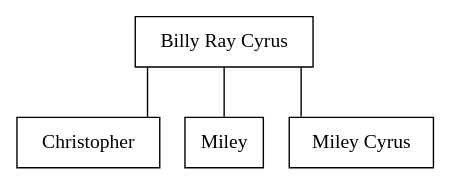
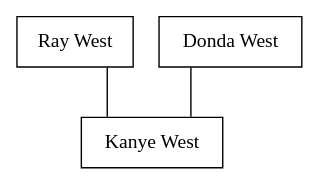
One commit to GlennOlsson/CSC482-FinalProj changed the diagram in output.dot. Above: the diagram before and after it, drawn with Graphviz. The commit also changed 7 other files, not shown here.

```diff
--- a/output.dot
+++ b/output.dot
@@ -1,13 +1,11 @@
 
 digraph
 {
 splines = ortho;
-BillyRayCyrus1a8ba80114bf48aba1e5fc9d6a793fdb [shape=box, label = "Billy Ray Cyrus", color = black];
-Christopherf0b9f469bf4f42969adf5ef6392a335f [shape=box, label = "Christopher", color = black];
-Miley42648c150b7244b9b4f878e0227c91be [shape=box, label = "Miley", color = black];
-MileyCyrus2c421817c3cc466fbb6c4c1c388045e4 [shape=box, label = "Miley Cyrus", color = black];
+KanyeWest71435173069827304276677014890840405538 [shape=box, label = "Kanye West", color = black];
+RayWest311824142581516262630679287810241490676 [shape=box, label = "Ray West", color = black];
+DondaWest124017802087053741265812677180901734571 [shape=box, label = "Donda West", color = black];
 
-BillyRayCyrus1a8ba80114bf48aba1e5fc9d6a793fdb -> Christopherf0b9f469bf4f42969adf5ef6392a335f [dir=none];
-BillyRayCyrus1a8ba80114bf48aba1e5fc9d6a793fdb -> MileyCyrus2c421817c3cc466fbb6c4c1c388045e4 [dir=none];
-BillyRayCyrus1a8ba80114bf48aba1e5fc9d6a793fdb -> Miley42648c150b7244b9b4f878e0227c91be [dir=none];
+DondaWest124017802087053741265812677180901734571 -> KanyeWest71435173069827304276677014890840405538 [dir=none];
+RayWest311824142581516262630679287810241490676 -> KanyeWest71435173069827304276677014890840405538 [dir=none];
 }
```
